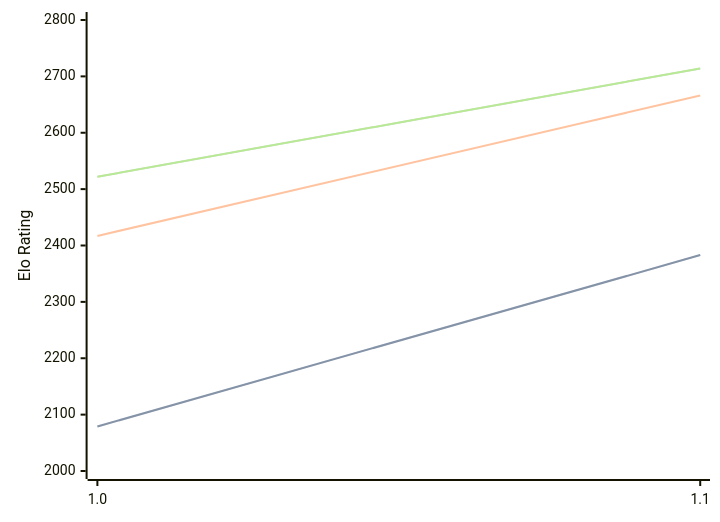
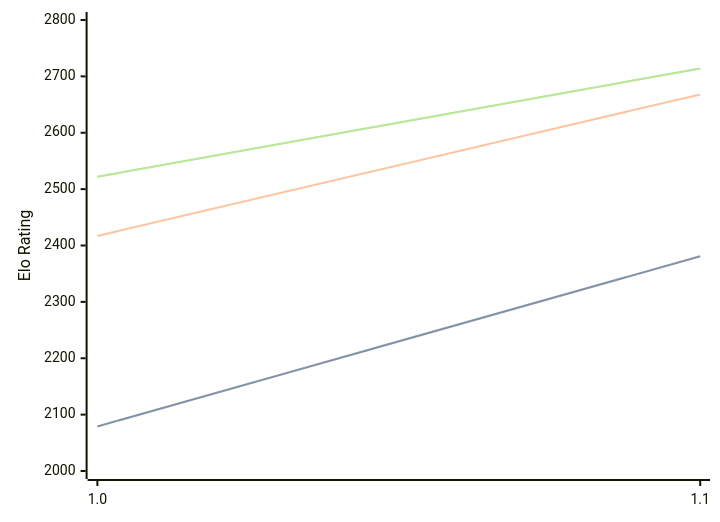
Before and after one commit to computer-chess-index/cci: the diagram in engines/Erinn.md, drawn with Mermaid. The commit also changed other lines of this file, not shown here.

````diff
--- a/engines/Erinn.md
+++ b/engines/Erinn.md
@@ -32,11 +32,11 @@
 ```mermaid
 %%{init: {"theme":"base","themeVariables":{"seriesColors:['#a3a3a3','#222221','#faa371']}}}%%
 xychart-beta
   x-axis ["1.0", "1.1"]
   y-axis "Elo Rating" 2000 --> 2800
-  line "STC (8.0+0.08s)" [2079, 2383]
-  line "STC (8.0+0.08s)" [2079, 2383]
-  line "LTC (60.0+0.60s)" [2417, 2666]
+  line "STC (8.0+0.08s)" [2079, 2381]
+  line "STC (8.0+0.08s)" [2079, 2381]
+  line "LTC (60.0+0.60s)" [2417, 2668]
   line "VLTC (2m24s+1.12s)" [2522, 2714]
   line "VLTC (2m24s+1.12s)" [2522, 2714]
 ```
````
